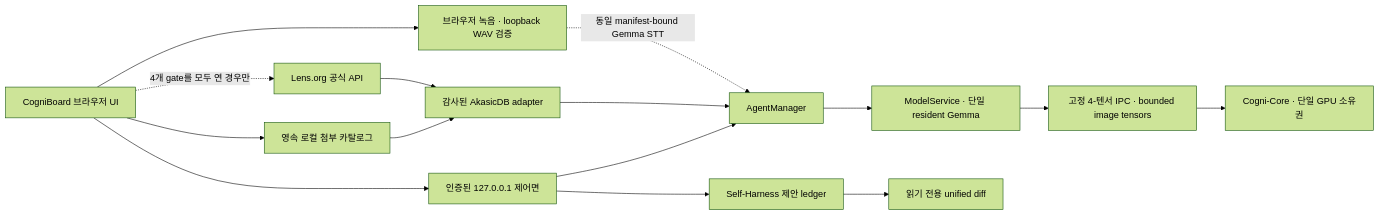
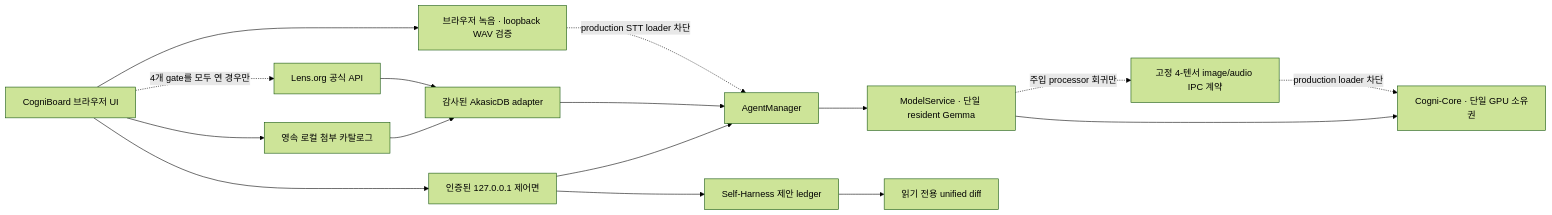
One commit to heosanghun/Cogni-OS-2.0 changed the diagram in docs/COGNIBOARD_USER_MANUAL_PLAYBOOK_KO.md. Above: the diagram before and after it, drawn with Mermaid (forest theme). The commit also changed other lines of this file, not shown here.

````diff
--- a/docs/COGNIBOARD_USER_MANUAL_PLAYBOOK_KO.md
+++ b/docs/COGNIBOARD_USER_MANUAL_PLAYBOOK_KO.md
@@ -79,17 +81,18 @@
 ```mermaid
 flowchart LR
     UI["CogniBoard 브라우저 UI"] --> LOOP["인증된 127.0.0.1 제어면"]
     LOOP --> AGENT["AgentManager"]
     AGENT --> CORE["ModelService · 단일 resident Gemma"]
-    CORE --> IPC["고정 4-텐서 IPC · bounded image tensors"]
-    IPC --> GPU["Cogni-Core · 단일 GPU 소유권"]
+    CORE --> GPU["Cogni-Core · 단일 GPU 소유권"]
+    CORE -. "주입 processor 회귀만" .-> IPC["고정 4-텐서 image/audio IPC 계약"]
+    IPC -. "production loader 차단" .-> GPU
     UI --> ATTACH["영속 로컬 첨부 카탈로그"]
     ATTACH --> RAG["감사된 AkasicDB adapter"]
     RAG --> AGENT
     UI -. "4개 gate를 모두 연 경우만" .-> LENS["Lens.org 공식 API"]
     LENS --> RAG
     UI --> VOICE["브라우저 녹음 · loopback WAV 검증"]
-    VOICE -. "동일 manifest-bound Gemma STT" .-> AGENT
+    VOICE -. "production STT loader 차단" .-> AGENT
     LOOP --> HARNESS["Self-Harness 제안 ledger"]
     HARNESS --> REVIEW["읽기 전용 unified diff"]
 ```
````
